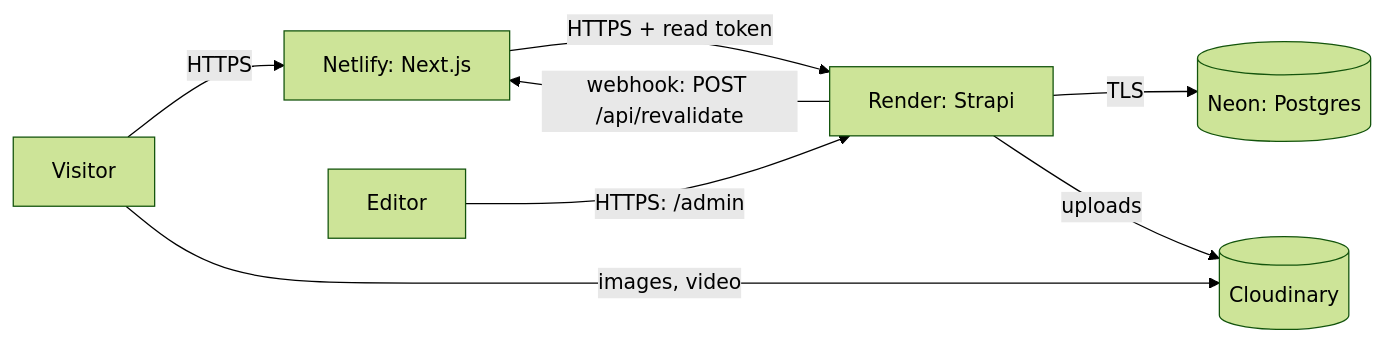
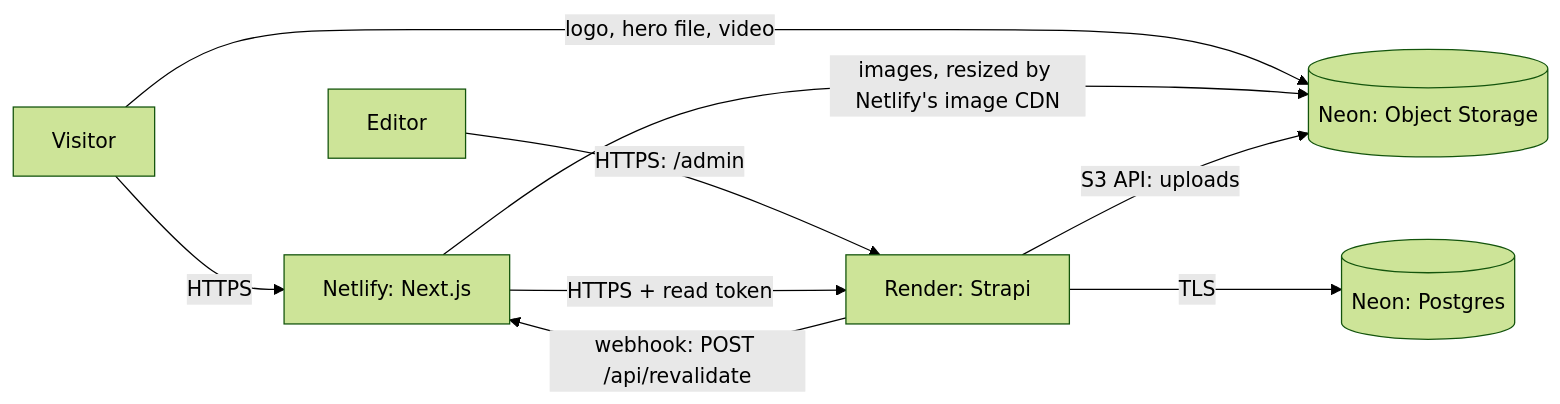
One commit to PavithraGamage/NOTA-homepage-rebuild-Next.js-and-Strapi changed the diagram in docs/hosting.md. Above: the diagram before and after it, drawn with Mermaid (forest theme). The commit also changed other lines of this file and 16 other files, not shown here.

First line of the commit message:
feat(cms): uploads to Neon Object Storage instead of Cloudinary

````diff
--- a/docs/hosting.md
+++ b/docs/hosting.md
@@ -13,10 +13,11 @@
 ```mermaid
 flowchart LR
   U["Visitor"] -->|"HTTPS"| WEB["Netlify: Next.js"]
-  U -->|"images, video"| CDN[("Cloudinary")]
+  U -->|"logo, hero file, video"| OBJ[("Neon: Object Storage")]
+  WEB -->|"images, resized by Netlify's image CDN"| OBJ
   ED["Editor"] -->|"HTTPS: /admin"| CMS["Render: Strapi"]
   WEB -->|"HTTPS + read token"| CMS
   CMS -->|"TLS"| PG[("Neon: Postgres")]
-  CMS -->|"uploads"| CDN
+  CMS -->|"S3 API: uploads"| OBJ
   CMS -->|"webhook: POST /api/revalidate"| WEB
 ```
````
